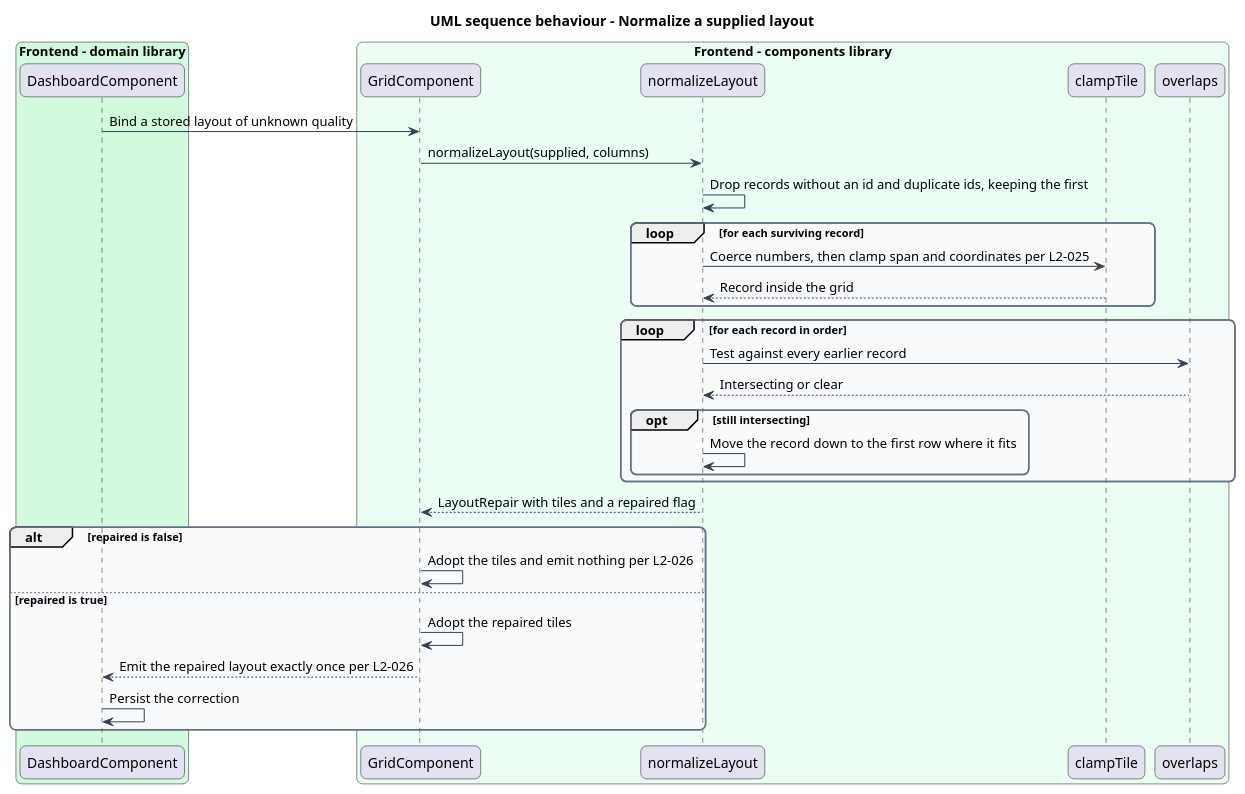
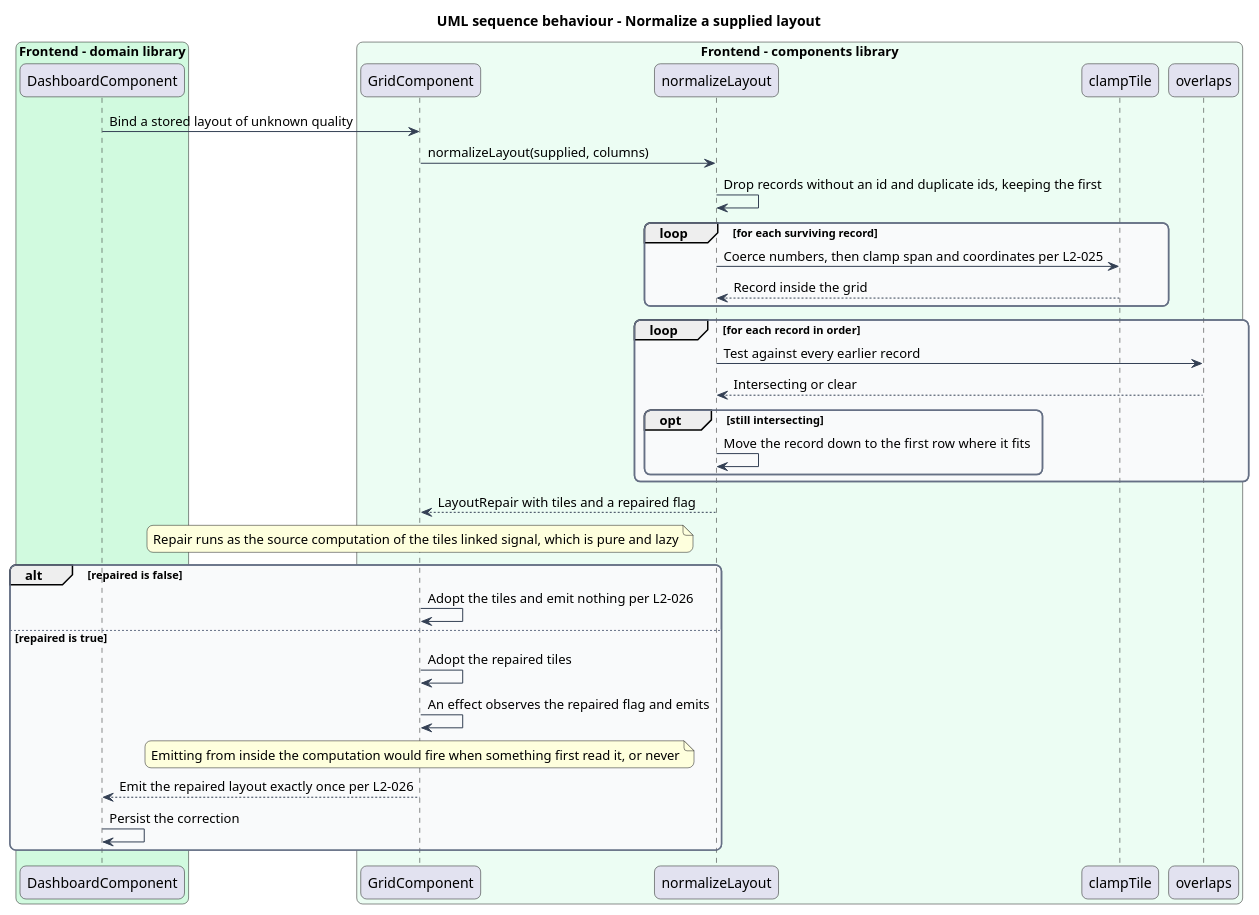
The diagram in docs/detailed-designs/grid-layout/normalize-supplied-layout/diagrams/sequence-normalize.puml (QuinntyneBrown/qbc-grid), drawn with PlantUML before and after one commit. The commit also changed 3 other files, not shown here.

First line of the commit message:
docs: correct two sequences that still showed superseded designs

```diff
--- a/docs/detailed-designs/grid-layout/normalize-supplied-layout/diagrams/sequence-normalize.puml
+++ b/docs/detailed-designs/grid-layout/normalize-supplied-layout/diagrams/sequence-normalize.puml
@@ -1,49 +1,52 @@
 @startuml
 title UML sequence behaviour - Normalize a supplied layout
 skinparam backgroundColor #FFFFFF
 skinparam shadowing false
 skinparam roundcorner 12
 skinparam defaultFontName Arial
 skinparam ArrowColor #344054
 skinparam rectangle {
   BorderColor #344054
   FontColor #101828
 }
 skinparam package {
   BorderColor #667085
   FontColor #101828
   BackgroundColor #F9FAFB
 }
 box "Frontend - domain library" #D1FADF
   participant "DashboardComponent" as dashboard
 end box
 box "Frontend - components library" #ECFDF3
   participant "GridComponent" as grid
   participant "normalizeLayout" as normalize
   participant "clampTile" as clamp
   participant "overlaps" as overlap
 end box
 
 dashboard -> grid : Bind a stored layout of unknown quality
 grid -> normalize : normalizeLayout(supplied, columns)
 normalize -> normalize : Drop records without an id and duplicate ids, keeping the first
 loop for each surviving record
   normalize -> clamp : Coerce numbers, then clamp span and coordinates per L2-025
   clamp --> normalize : Record inside the grid
 end
 loop for each record in order
   normalize -> overlap : Test against every earlier record
   overlap --> normalize : Intersecting or clear
   opt still intersecting
     normalize -> normalize : Move the record down to the first row where it fits
   end
 end
 normalize --> grid : LayoutRepair with tiles and a repaired flag
+note over grid : Repair runs as the source computation of the tiles linked signal, which is pure and lazy
 alt repaired is false
   grid -> grid : Adopt the tiles and emit nothing per L2-026
 else repaired is true
   grid -> grid : Adopt the repaired tiles
+  grid -> grid : An effect observes the repaired flag and emits
+  note over grid : Emitting from inside the computation would fire when something first read it, or never
   grid --> dashboard : Emit the repaired layout exactly once per L2-026
   dashboard -> dashboard : Persist the correction
 end
 @enduml
```
